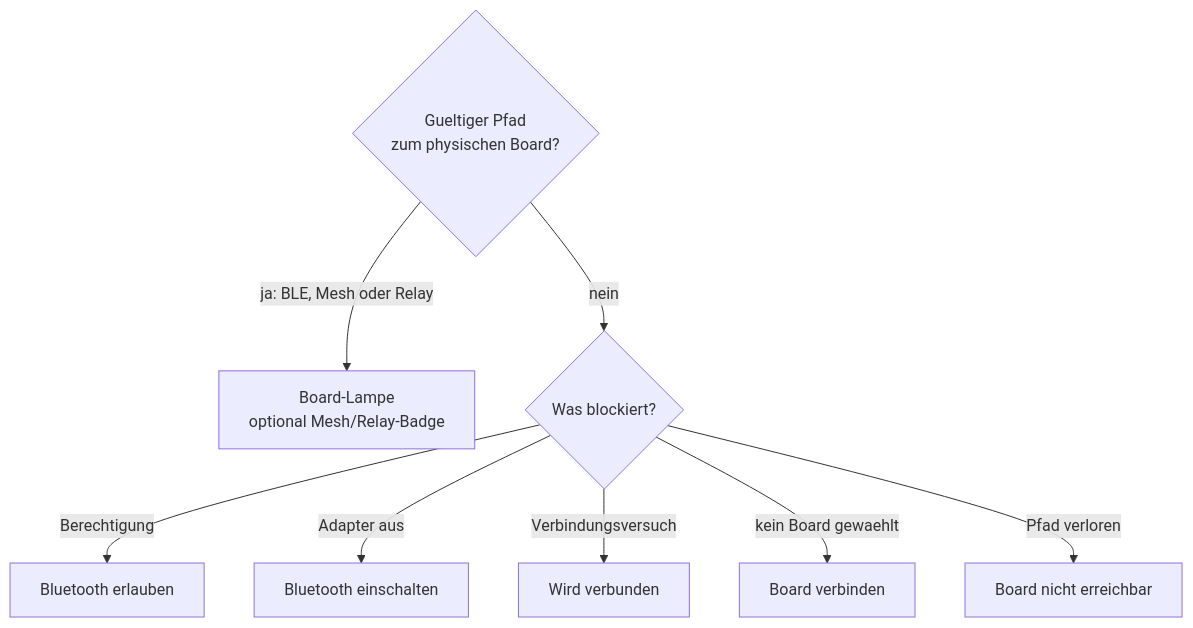
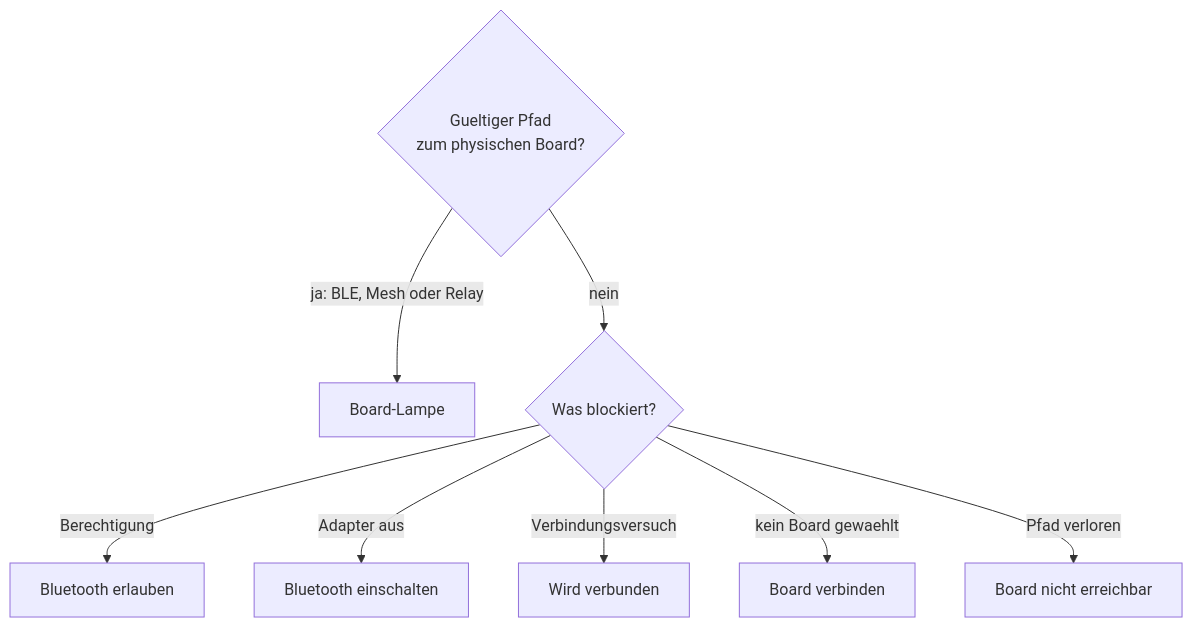
Before and after one commit to CruxCoach/CruxCoach: the diagram in docs/architecture/PLAYLIST_UI_UX_PRINCIPLES.md, drawn with Mermaid. The commit also changed other lines of this file and 13 other files, not shown here.

````diff
--- a/docs/architecture/PLAYLIST_UI_UX_PRINCIPLES.md
+++ b/docs/architecture/PLAYLIST_UI_UX_PRINCIPLES.md
@@ -128,19 +127,19 @@
 ```mermaid
 flowchart TD
     A{Gueltiger Pfad<br/>zum physischen Board?}
-    B[Board-Lampe<br/>optional Mesh/Relay-Badge]
+    B[Board-Lampe]
     C{Was blockiert?}
     D[Bluetooth erlauben]
     E[Bluetooth einschalten]
     F[Wird verbunden]
     G[Board verbinden]
     H[Board nicht erreichbar]
 
     A -- ja: BLE, Mesh oder Relay --> B
     A -- nein --> C
     C -- Berechtigung --> D
     C -- Adapter aus --> E
     C -- Verbindungsversuch --> F
     C -- kein Board gewaehlt --> G
     C -- Pfad verloren --> H
 ```
````
